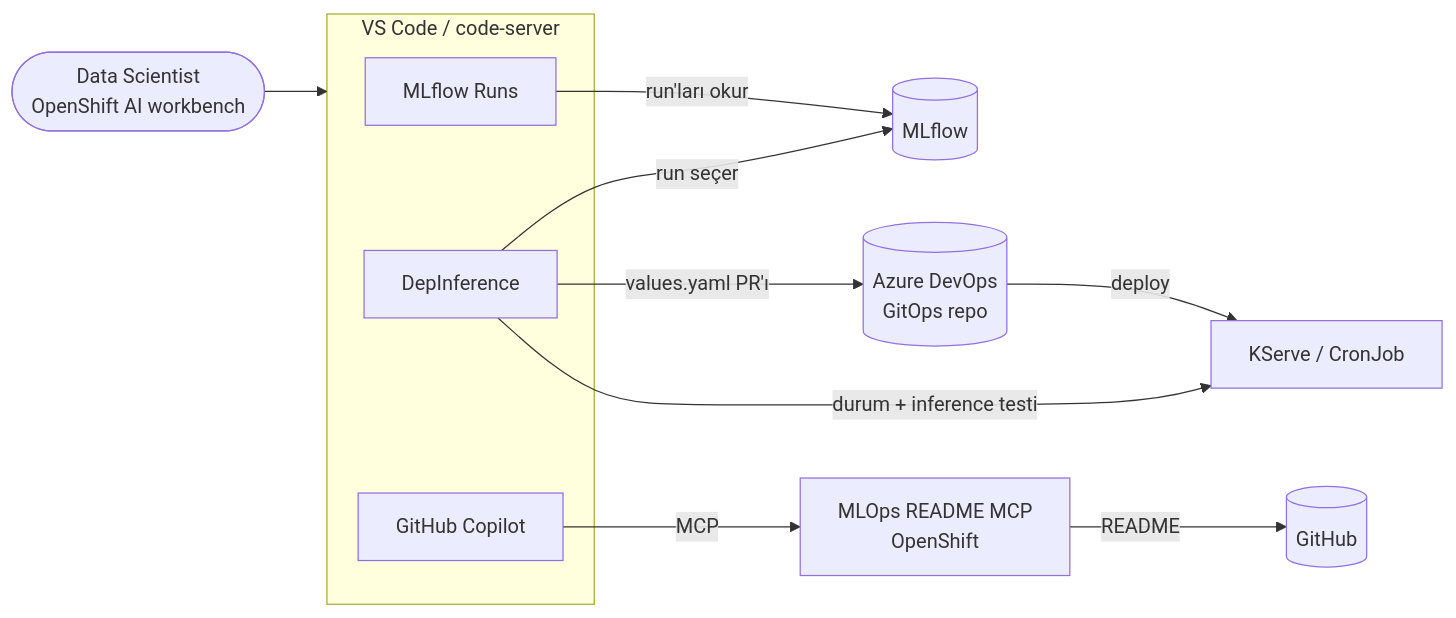
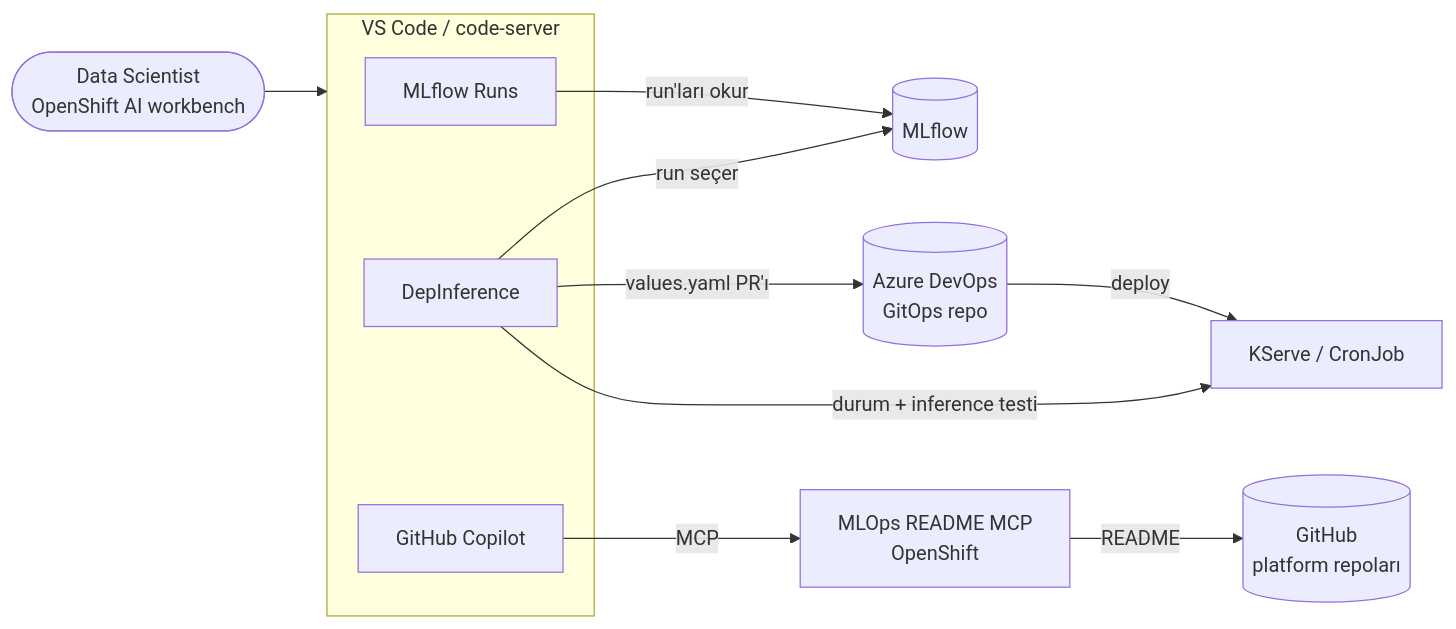
One commit to mustafacavusoglu/ml-platform changed the diagram in README.md. Above: the diagram before and after it, drawn with Mermaid. The commit also changed other lines of this file and 10 other files, not shown here.

First line of the commit message:
Refocus mlops-mcp on internal MLOps platform repos

````diff
--- a/README.md
+++ b/README.md
@@ -17,19 +17,19 @@
 ```mermaid
 flowchart LR
     DS([Data Scientist<br/>OpenShift AI workbench])
 
     subgraph VS[VS Code / code-server]
         MR[MLflow Runs]
         DI[DepInference]
         CP[GitHub Copilot]
     end
 
     DS --> VS
     MR -- run'ları okur --> ML[(MLflow)]
     DI -- run seçer --> ML
     DI -- values.yaml PR'ı --> GO[(Azure DevOps<br/>GitOps repo)]
     GO -- deploy --> KS[KServe / CronJob]
     DI -- durum + inference testi --> KS
     CP -- MCP --> MCP[MLOps README MCP<br/>OpenShift]
-    MCP -- README --> GH[(GitHub)]
+    MCP -- README --> GH[(GitHub<br/>platform repoları)]
 ```
````
